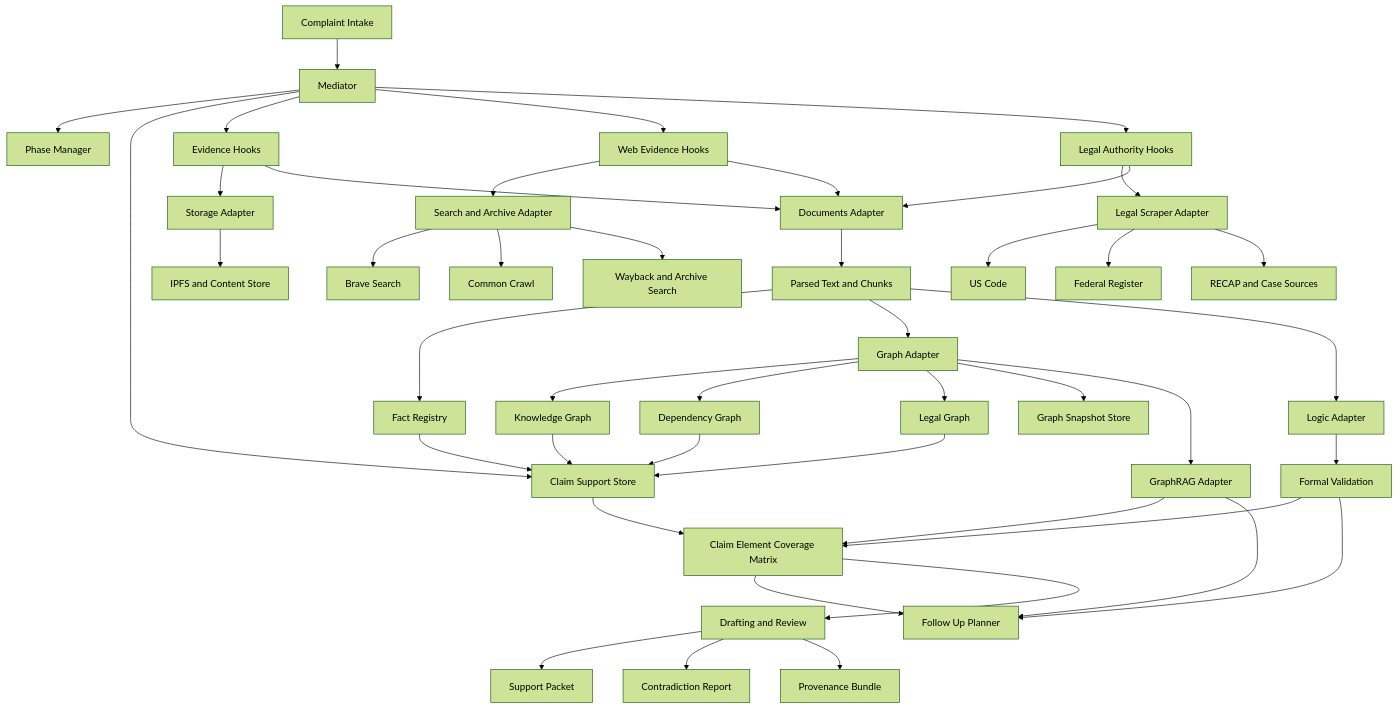
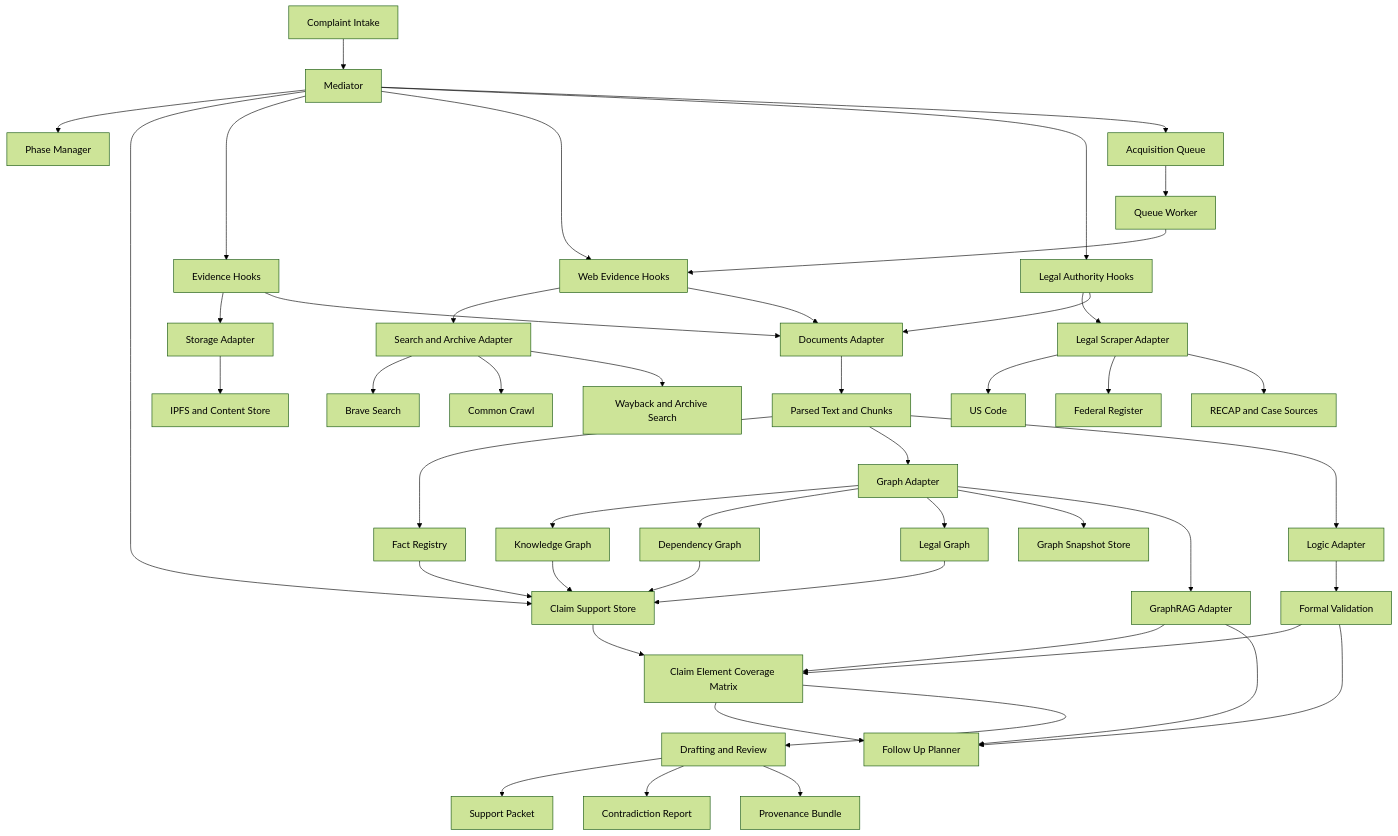
Before and after one commit to JusticeDAO-LLC/complaint-generator: the first of 2 diagrams in docs/IPFS_DATASETS_PY_DEPENDENCY_MAP.md, drawn with Mermaid (forest theme). The commit also changed other lines of this file and 18 other files, not shown here.

````diff
--- a/docs/IPFS_DATASETS_PY_DEPENDENCY_MAP.md
+++ b/docs/IPFS_DATASETS_PY_DEPENDENCY_MAP.md
@@ -22,55 +22,58 @@
 ```mermaid
 graph TD
     A[Complaint Intake] --> B[Mediator]
     B --> C[Phase Manager]
     B --> D[Claim Support Store]
     B --> E[Evidence Hooks]
     B --> F[Web Evidence Hooks]
     B --> G[Legal Authority Hooks]
+    B --> AQ[Acquisition Queue]
 
     E --> H[Storage Adapter]
     F --> I[Search and Archive Adapter]
     G --> J[Legal Scraper Adapter]
+    AQ --> AR[Queue Worker]
+    AR --> F
 
     H --> K[IPFS and Content Store]
     I --> L[Brave Search]
     I --> M[Common Crawl]
     I --> N[Wayback and Archive Search]
     J --> O[US Code]
     J --> P[Federal Register]
     J --> Q[RECAP and Case Sources]
 
     E --> R[Documents Adapter]
     F --> R
     G --> R
 
     R --> S[Parsed Text and Chunks]
     S --> T[Fact Registry]
     S --> U[Graph Adapter]
     S --> V[Logic Adapter]
 
     U --> W[Knowledge Graph]
     U --> X[Dependency Graph]
     U --> Y[Legal Graph]
     U --> Z[Graph Snapshot Store]
 
     T --> D
     W --> D
     X --> D
     Y --> D
 
     D --> AA[Claim Element Coverage Matrix]
     AA --> AB[Follow Up Planner]
     AA --> AC[Drafting and Review]
 
     U --> AD[GraphRAG Adapter]
     AD --> AA
     V --> AE[Formal Validation]
     AE --> AA
     AE --> AB
     AD --> AB
 
     AC --> AF[Support Packet]
     AC --> AG[Contradiction Report]
     AC --> AH[Provenance Bundle]
 ```
````
